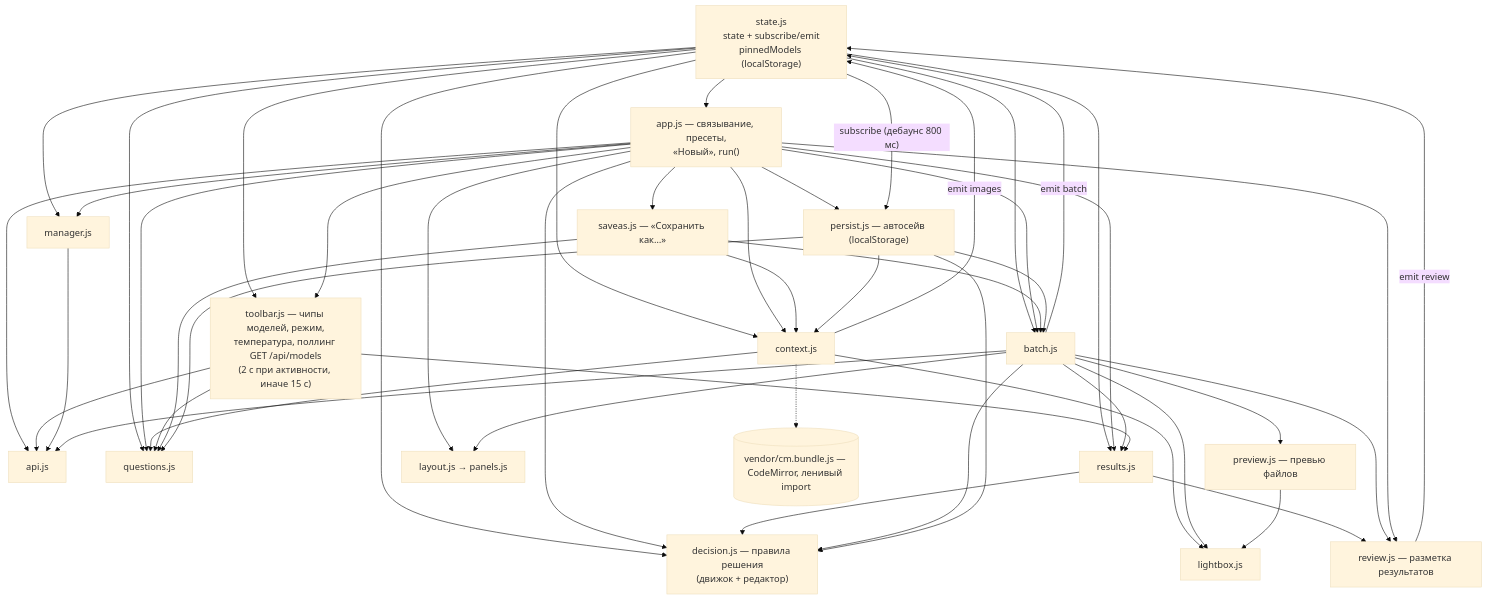
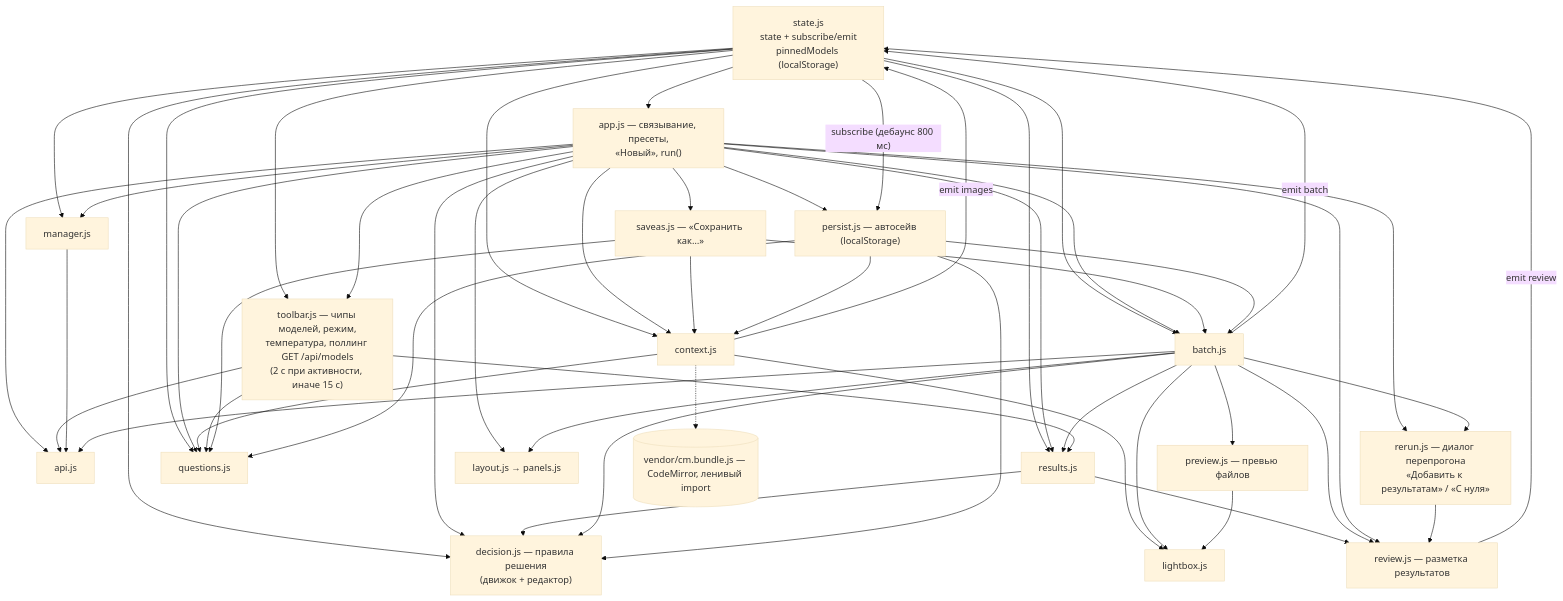
One commit to chkalofff/decision-qa changed the fourth of 5 diagrams in ARCHITECTURE.md. Above: the diagram before and after it, drawn with Mermaid (base theme). The commit also changed other lines of this file and 13 other files, not shown here.

````diff
--- a/ARCHITECTURE.md
+++ b/ARCHITECTURE.md
@@ -281,69 +282,73 @@
 ```mermaid
 graph TD
     STATE["state.js<br/>state + subscribe/emit<br/>pinnedModels (localStorage)"]
     APIJS[api.js]
     APP["app.js — связывание, пресеты,<br/>«Новый», run()"]
     SAVEAS["saveas.js — «Сохранить как…»"]
+    RERUN["rerun.js — диалог перепрогона<br/>«Добавить к результатам» / «С нуля»"]
     PERSIST["persist.js — автосейв (localStorage)"]
     TB["toolbar.js — чипы моделей, режим,<br/>температура, поллинг GET /api/models<br/>(2 с при активности, иначе 15 с)"]
     QM[questions.js]
     DEC["decision.js — правила решения<br/>(движок + редактор)"]
     CTX[context.js]
     RES[results.js]
     REV[review.js — разметка результатов]
     BATCH[batch.js]
     MGR[manager.js]
     LAY["layout.js → panels.js"]
     LB[lightbox.js]
     PV[preview.js — превью файлов]
     CM[("vendor/cm.bundle.js — CodeMirror, ленивый import")]
 
     STATE --> APP
     STATE --> TB
     STATE --> QM
     STATE --> DEC
     STATE --> CTX
     STATE --> RES
     STATE --> BATCH
     STATE --> MGR
     APP --> APIJS
     TB --> APIJS
     MGR --> APIJS
     BATCH --> APIJS
     APP --> QM
     APP --> DEC
     APP --> CTX
     APP --> RES
     APP --> BATCH
     APP --> TB
     APP --> LAY
     APP --> MGR
     CTX --> QM
     CTX --> LB
     CTX -.-> CM
     RES --> DEC
     RES --> REV
     BATCH --> RES
     BATCH --> DEC
     BATCH --> LAY
     BATCH --> LB
     BATCH --> PV
     BATCH --> REV
     APP --> REV
     REV -->|"emit review"| STATE
     PV --> LB
     TB --> QM
     TB --> RES
     CTX -->|"emit images"| STATE
     BATCH -->|"emit batch"| STATE
     APP --> SAVEAS
     APP --> PERSIST
+    APP --> RERUN
+    BATCH --> RERUN
+    RERUN --> REV
     SAVEAS --> CTX
     SAVEAS --> QM
     SAVEAS --> BATCH
     PERSIST --> CTX
     PERSIST --> QM
     PERSIST --> DEC
     PERSIST --> BATCH
     STATE -->|"subscribe (дебаунс 800 мс)"| PERSIST
 ```
````
